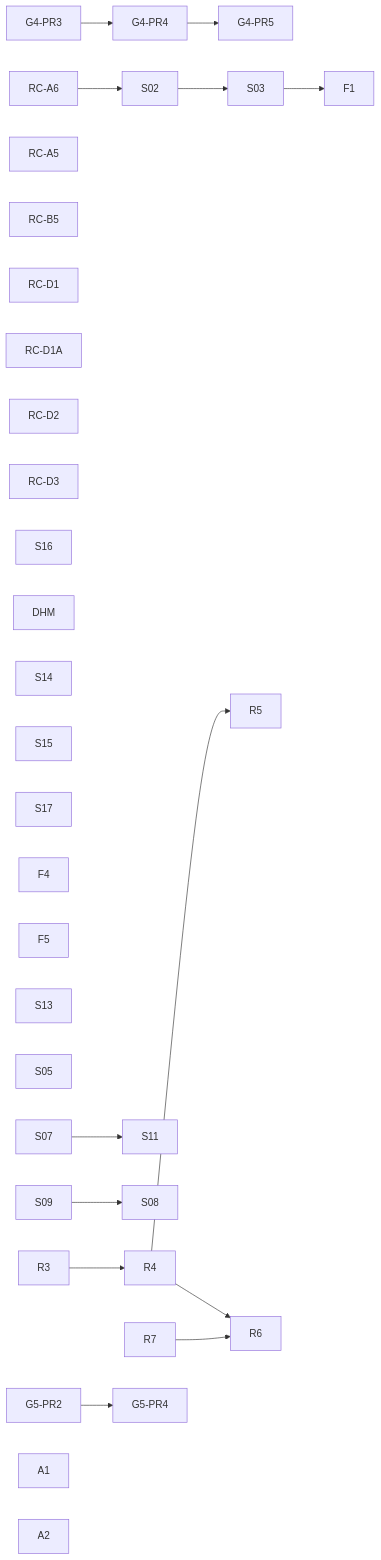
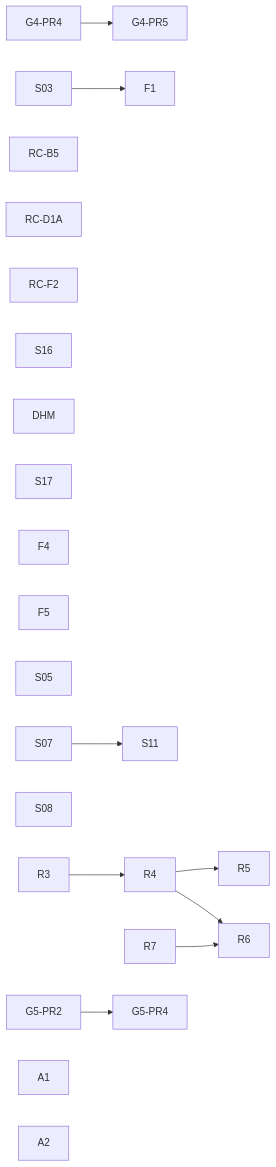
The diagram in docs/planning/state/open-task-route.md (dunay2/dvt), drawn with Mermaid before and after one commit. The commit also changed other lines of this file and 13 other files, not shown here.

````diff
--- a/docs/planning/state/open-task-route.md
+++ b/docs/planning/state/open-task-route.md
@@ -72,34 +64,28 @@
 ```mermaid
 flowchart LR
-  G43[G4-PR3] --> G44[G4-PR4] --> G45[G4-PR5]
+  G44[G4-PR4] --> G45[G4-PR5]
 
-  RC_A6[RC-A6] --> S02[S02] --> S03[S03] --> F1[F1]
-  RC_A5[RC-A5]
+  S03[S03] --> F1[F1]
   RC_B5[RC-B5]
-  RC_D1[RC-D1]
   RC_D1A[RC-D1A]
-  RC_D2[RC-D2]
-  RC_D3[RC-D3]
+  RC_F2[RC-F2]
   S16[S16]
   DHM[DHM]
 
-  S14[S14]
-  S15[S15]
   S17[S17]
   F4[F4]
   F5[F5]
-  S13[S13]
   S05[S05]
 
   S07[S07] --> S11[S11]
-  S09[S09] --> S08[S08]
+  S08[S08]
 
   R3[R3] --> R4[R4] --> R5[R5]
   R4 --> R6[R6]
   R7[R7] --> R6
 
   G52[G5-PR2] --> G54[G5-PR4]
   A1[A1]
   A2[A2]
   DHM
 ```
````
